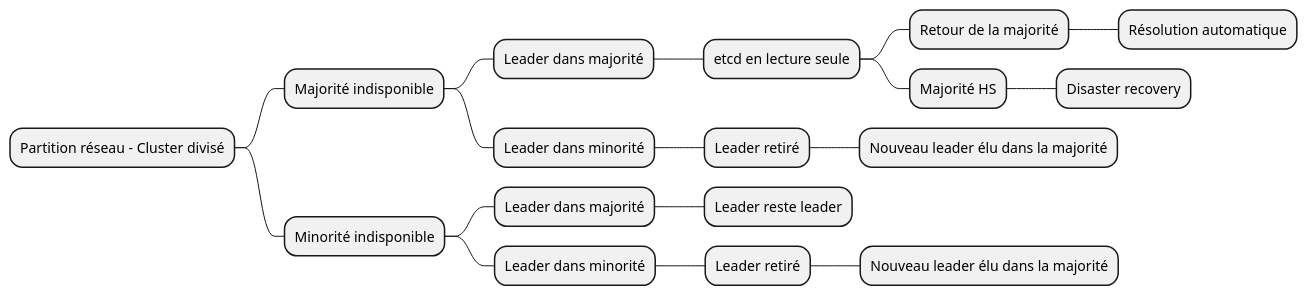
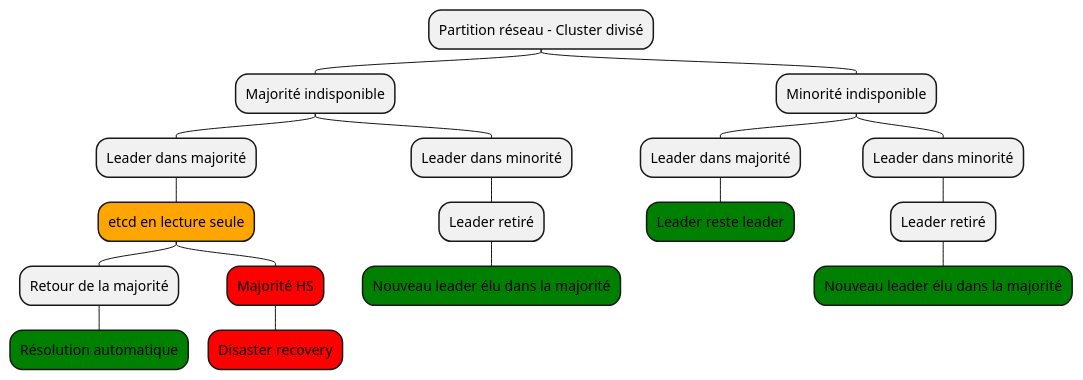
One commit to sylvainmetayer/talk-k8s-2-az changed the diagram in diagrams/030-etcd-netpart.puml. Above: the diagram before and after it, drawn with PlantUML. The commit also changed 15 other files, not shown here.

```diff
--- a/diagrams/030-etcd-netpart.puml
+++ b/diagrams/030-etcd-netpart.puml
@@ -1,21 +1,23 @@
 @startmindmap
+
+top to bottom direction
 
 * Partition réseau - Cluster divisé
 ** Majorité indisponible
 *** Leader dans majorité
-**** etcd en lecture seule
+****[#orange] etcd en lecture seule
 ***** Retour de la majorité
-****** Résolution automatique
-***** Majorité HS
-****** Disaster recovery
+******[#green] Résolution automatique
+*****[#red] Majorité HS
+******[#red] Disaster recovery
 *** Leader dans minorité
 **** Leader retiré
-***** Nouveau leader élu dans la majorité
+*****[#green] Nouveau leader élu dans la majorité
 ** Minorité indisponible
 *** Leader dans majorité
-**** Leader reste leader
+****[#green] Leader reste leader
 *** Leader dans minorité
 **** Leader retiré
-***** Nouveau leader élu dans la majorité
+*****[#green] Nouveau leader élu dans la majorité
 
 @endmindmap
```
